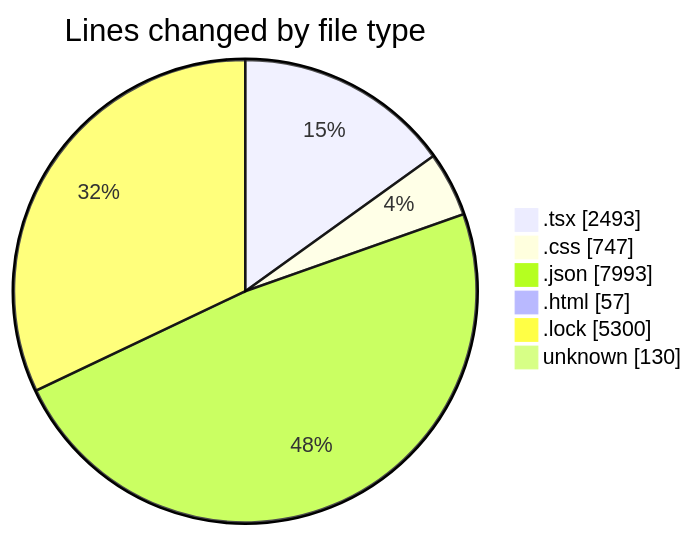
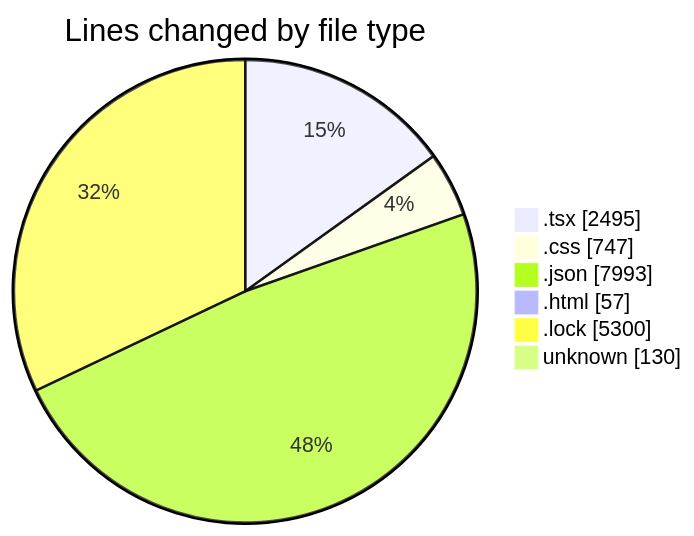
The first of 2 diagrams in 2025-08-12/ribbon/README.md (EIIisD/code-tracking), drawn with Mermaid before and after one commit. The commit also changed other lines of this file and 1 other file, not shown here.

````diff
--- a/2025-08-12/ribbon/README.md
+++ b/2025-08-12/ribbon/README.md
@@ -38,10 +38,10 @@
 ```mermaid
 pie showData
 title Lines changed by file type
-".tsx" : 2493
+".tsx" : 2495
 ".css" : 747
 ".json" : 7993
 ".html" : 57
 ".lock" : 5300
 "unknown" : 130
 ```
````
